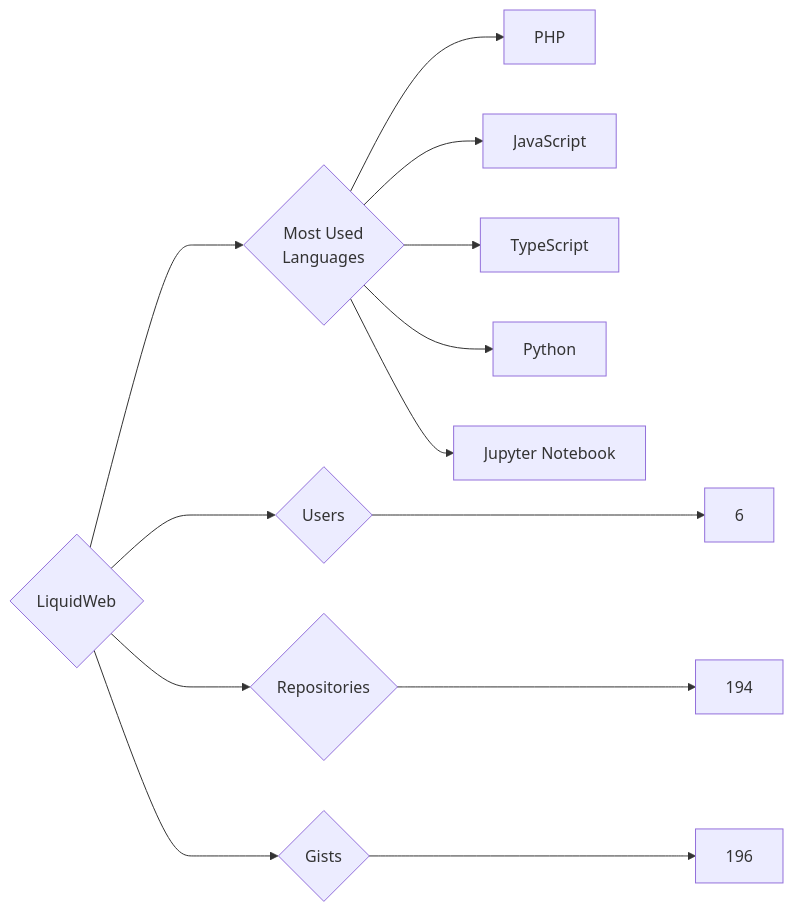
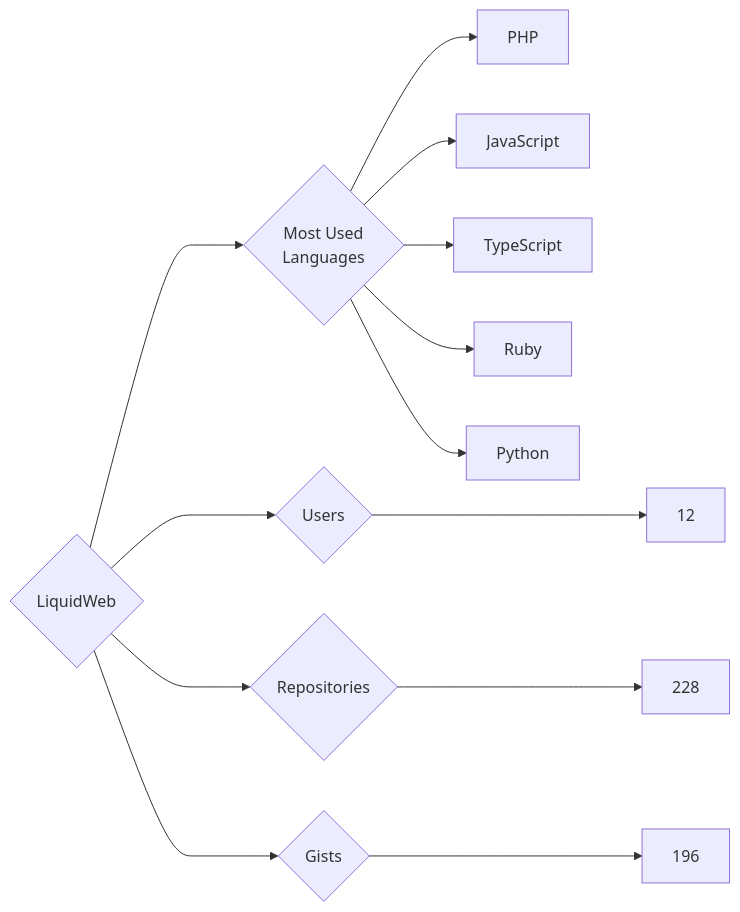
Before and after one commit to trickest/insiders: the diagram in targets/LiquidWeb/README.md, drawn with Mermaid. The commit also changed 823 other files, not shown here.

````diff
--- a/targets/LiquidWeb/README.md
+++ b/targets/LiquidWeb/README.md
@@ -3,13 +3,13 @@
 ```mermaid
 graph LR
 COMPANY_NAME{LiquidWeb}
-COMPANY_NAME ---> U{Users} ---> UN[6]
-COMPANY_NAME ---> R{Repositories} ---> RN[194]
+COMPANY_NAME ---> U{Users} ---> UN[12]
+COMPANY_NAME ---> R{Repositories} ---> RN[228]
 COMPANY_NAME ---> G{Gists} ---> GN[196]
 COMPANY_NAME ---> ML{Most Used<br>Languages}
 ML --> PHP[PHP]
 ML --> JavaScript[JavaScript]
 ML --> TypeScript[TypeScript]
+ML --> Ruby[Ruby]
 ML --> Python[Python]
-ML --> Jupyter_Notebook[Jupyter Notebook]
 ```
````
